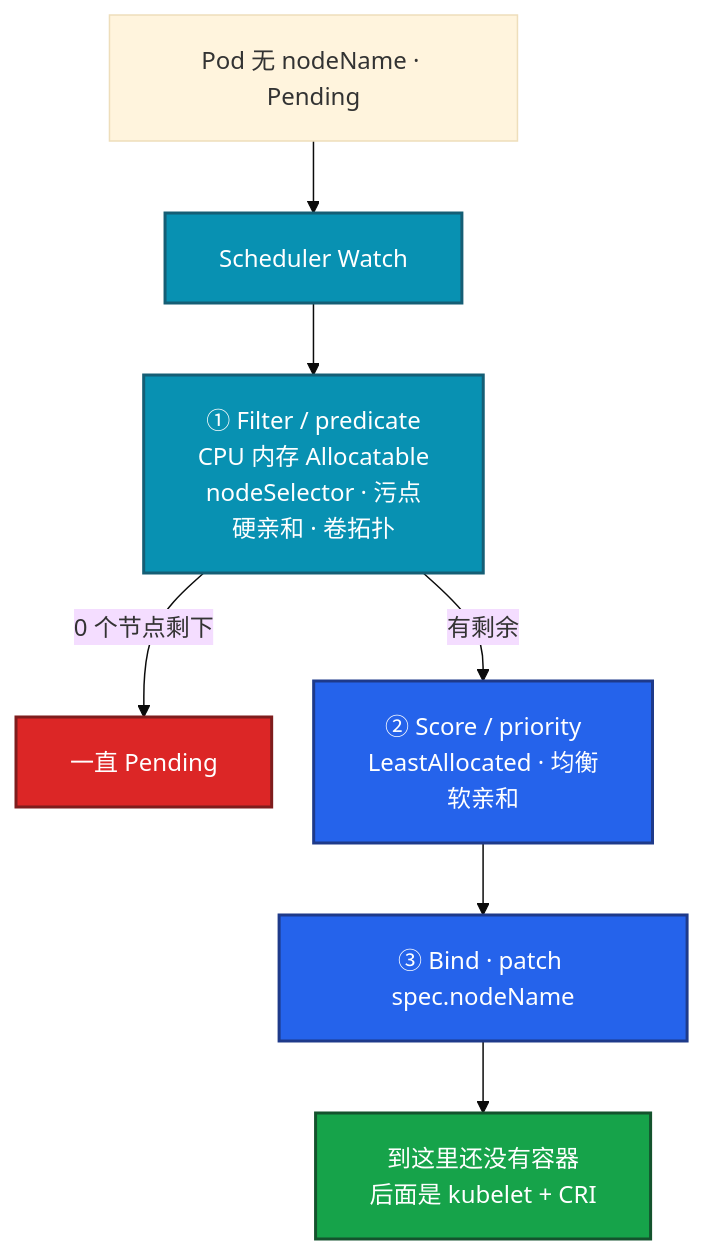
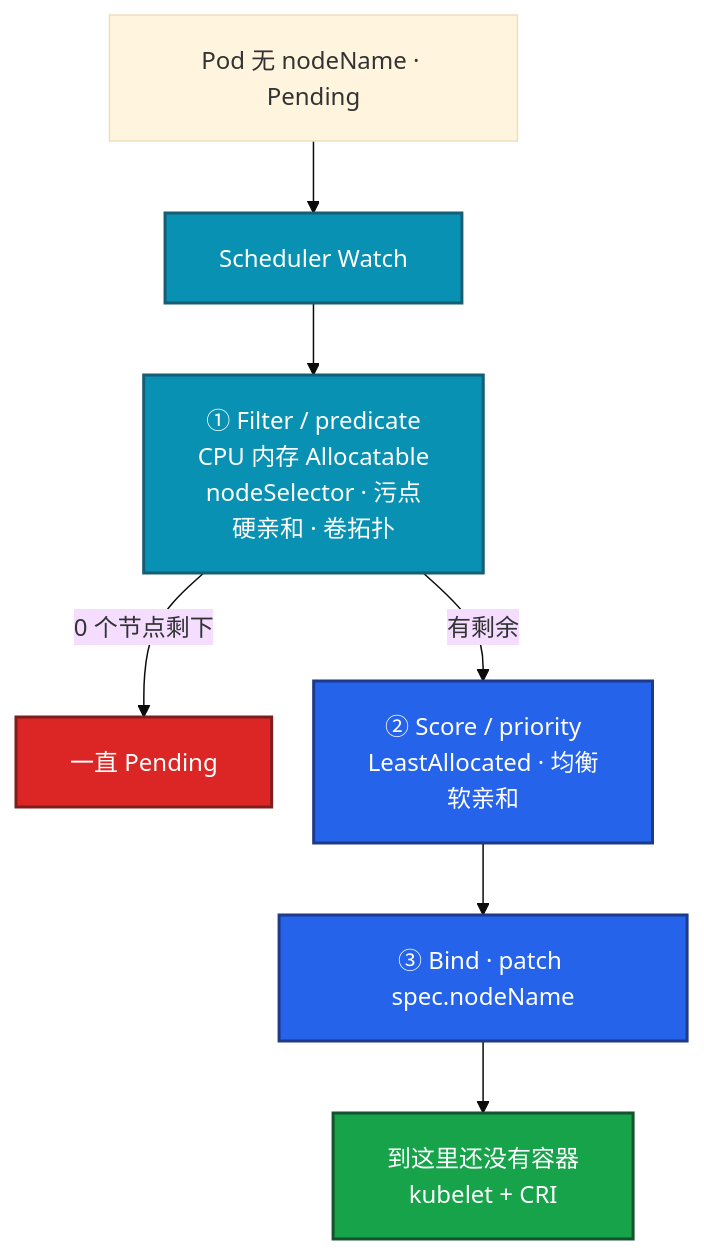
Before and after one commit to ml-cuizijun/LearnToLilith: the second of 4 diagrams in 04-Kubernetes/06-调度机制/知识点.md, drawn with Mermaid. The commit also changed other lines of this file and 107 other files, not shown here.

````diff
--- a/04-Kubernetes/06-调度机制/知识点.md
+++ b/04-Kubernetes/06-调度机制/知识点.md
@@ -70,19 +83,19 @@
 ```mermaid
 %%{init: {"flowchart": {"padding": 18, "nodeSpacing": 28, "rankSpacing": 48}, "theme": "base"}}%%
 flowchart TB
     pod[Pod 无 nodeName · Pending] --> sch[Scheduler Watch]
     sch --> f[① Filter / predicate<br/>CPU 内存 Allocatable<br/>nodeSelector · 污点<br/>硬亲和 · 卷拓扑]
     f -->|0 个节点剩下| pend[一直 Pending]
     f -->|有剩余| s[② Score / priority<br/>LeastAllocated · 均衡<br/>软亲和]
     s --> b[③ Bind · patch spec.nodeName]
-    b --> k[到这里还没有容器<br/>后面是 kubelet + CRI]
+    b --> k[到这里还没有容器<br/>kubelet + CRI]
 
     classDef a fill:#0891B2,stroke:#155E75,stroke-width:2px,color:#fff
     classDef b fill:#2563EB,stroke:#1E3A8A,stroke-width:2px,color:#fff
     classDef bad fill:#DC2626,stroke:#7F1D1D,stroke-width:2px,color:#fff
     classDef ok fill:#16A34A,stroke:#14532D,stroke-width:2px,color:#fff
     class sch,f a
     class s,b b
     class pend bad
     class k ok
 ```
````
